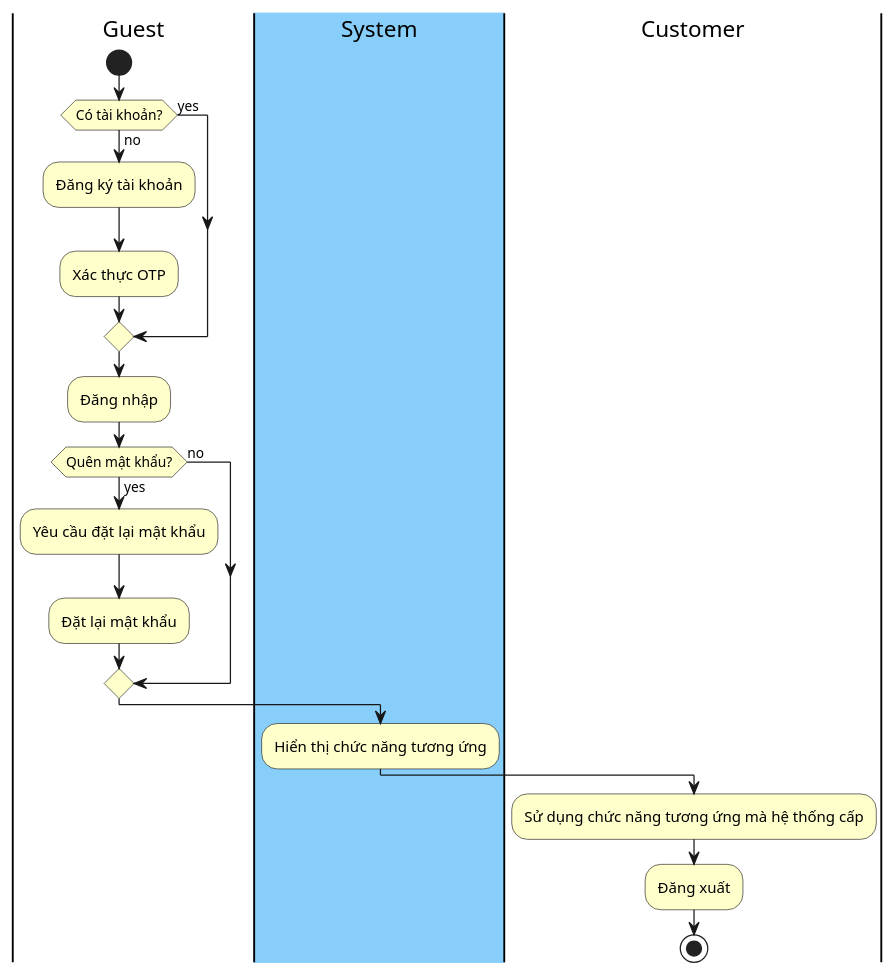
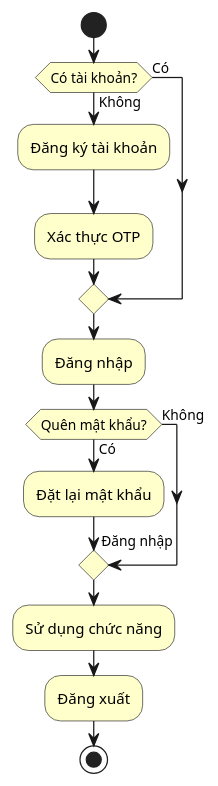
Before and after one commit to tozydev/virgo-14: the sixth of 7 diagrams in docs/software-specs.md, drawn with PlantUML. The commit also changed other lines of this file, not shown here.

````diff
--- a/docs/software-specs.md
+++ b/docs/software-specs.md
@@ -387,35 +388,22 @@
-```{.plantuml caption="Quy trình sử dụng phần mềm chung phía người dùng khách hàng"}
+```plantuml
 @startuml
-<style>
-activity {
-  BackgroundColor BUSINESS
-}
-swimlaneTittle {
-  BackgroundColor BUSINESS
-}
-</style>
+'| fig-cap: Quy trình sử dụng phần mềm chung
+skinparam activityBackgroundColor BUSINESS
 
-|Guest|
 start
-if (Có tài khoản?) then (yes)
-else (no)
-   :Đăng ký tài khoản;
-   :Xác thực OTP;
+if (Có tài khoản?) then (Không)
+  :Đăng ký tài khoản;
+  :Xác thực OTP;
+else (Có)
 endif
 :Đăng nhập;
-if (Quên mật khẩu?) then (yes)
-  :Yêu cầu đặt lại mật khẩu;
+if (Quên mật khẩu?) then (Có)
   :Đặt lại mật khẩu;
-else (no)
+  ->Đăng nhập;
+else (Không)
 endif
-|Guest|
-|System|
-:Hiển thị chức năng tương ứng;
-|#lightskyblue|System|
-|Customer|
-:Sử dụng chức năng tương ứng mà hệ thống cấp;
+:Sử dụng chức năng;
 :Đăng xuất;
 stop
-
 @enduml
 ```
````
